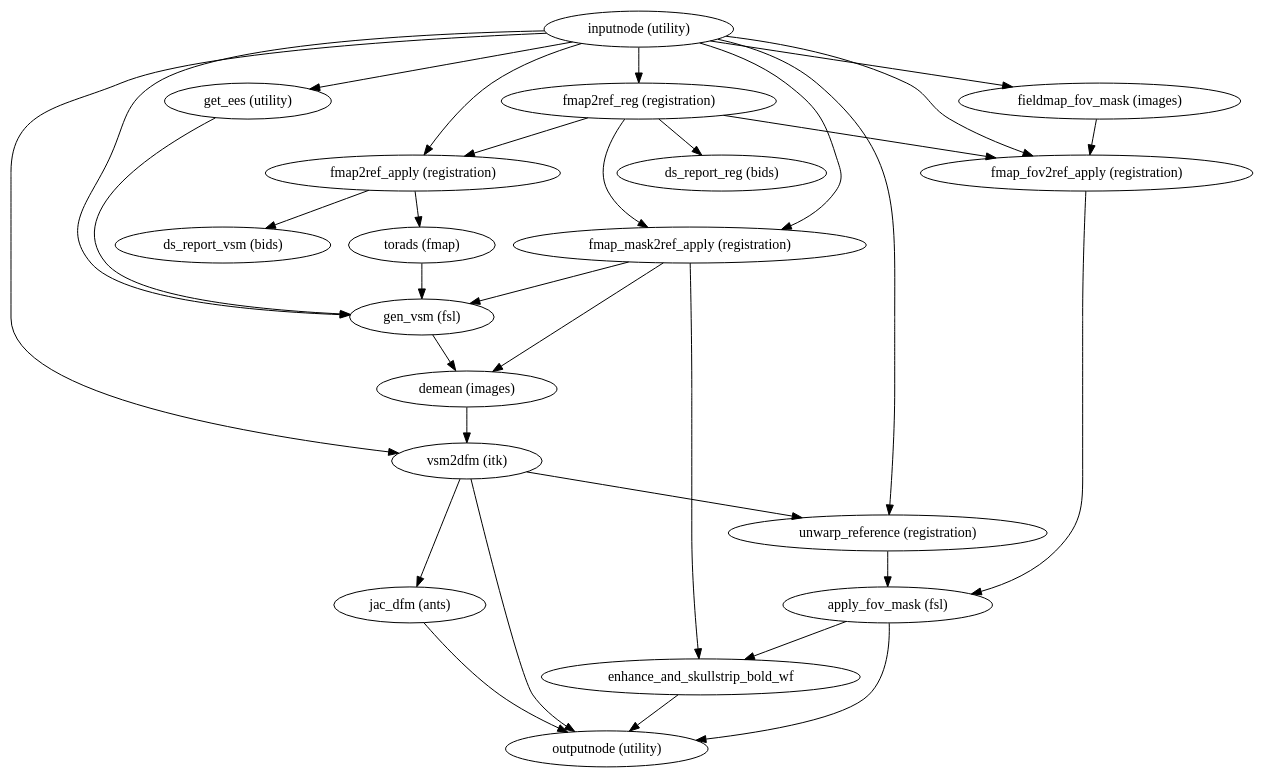
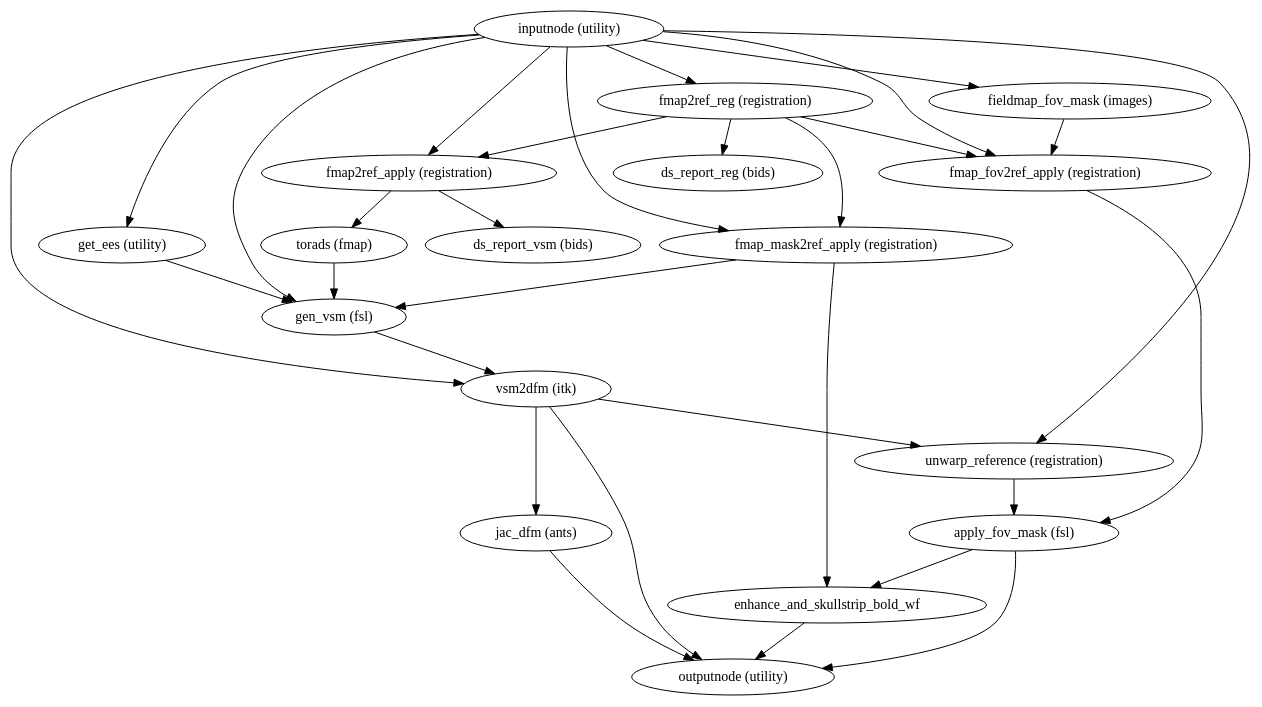
The diagram in master/wf_directive/api/sdc_unwarp_wf/sdcflows-workflows-unwarp-2.dot (wayne009007/sdcflows), drawn with Graphviz before and after one commit. The commit also changed 217 other files, not shown here.

```diff
--- a/master/wf_directive/api/sdc_unwarp_wf/sdcflows-workflows-unwarp-2.dot
+++ b/master/wf_directive/api/sdc_unwarp_wf/sdcflows-workflows-unwarp-2.dot
@@ -1,52 +1,49 @@
 strict digraph  {
 "inputnode (utility)";
 "fmap2ref_reg (registration)";
 "fmap2ref_apply (registration)";
 "fmap_mask2ref_apply (registration)";
 "get_ees (utility)";
 "gen_vsm (fsl)";
 "vsm2dfm (itk)";
 "unwarp_reference (registration)";
 "fieldmap_fov_mask (images)";
 "fmap_fov2ref_apply (registration)";
 "ds_report_reg (bids)";
 "ds_report_vsm (bids)";
 "torads (fmap)";
 enhance_and_skullstrip_bold_wf;
-"demean (images)";
 "outputnode (utility)";
 "jac_dfm (ants)";
 "apply_fov_mask (fsl)";
 "inputnode (utility)" -> "fmap2ref_reg (registration)";
 "inputnode (utility)" -> "fmap2ref_apply (registration)";
 "inputnode (utility)" -> "fmap_mask2ref_apply (registration)";
 "inputnode (utility)" -> "get_ees (utility)";
 "inputnode (utility)" -> "gen_vsm (fsl)";
 "inputnode (utility)" -> "vsm2dfm (itk)";
 "inputnode (utility)" -> "unwarp_reference (registration)";
 "inputnode (utility)" -> "fieldmap_fov_mask (images)";
 "inputnode (utility)" -> "fmap_fov2ref_apply (registration)";
 "fmap2ref_reg (registration)" -> "fmap2ref_apply (registration)";
 "fmap2ref_reg (registration)" -> "fmap_mask2ref_apply (registration)";
 "fmap2ref_reg (registration)" -> "ds_report_reg (bids)";
 "fmap2ref_reg (registration)" -> "fmap_fov2ref_apply (registration)";
 "fmap2ref_apply (registration)" -> "ds_report_vsm (bids)";
 "fmap2ref_apply (registration)" -> "torads (fmap)";
 "fmap_mask2ref_apply (registration)" -> "gen_vsm (fsl)";
 "fmap_mask2ref_apply (registration)" -> enhance_and_skullstrip_bold_wf;
-"fmap_mask2ref_apply (registration)" -> "demean (images)";
 "get_ees (utility)" -> "gen_vsm (fsl)";
-"gen_vsm (fsl)" -> "demean (images)";
+"gen_vsm (fsl)" -> "vsm2dfm (itk)";
 "vsm2dfm (itk)" -> "unwarp_reference (registration)";
 "vsm2dfm (itk)" -> "outputnode (utility)";
 "vsm2dfm (itk)" -> "jac_dfm (ants)";
 "unwarp_reference (registration)" -> "apply_fov_mask (fsl)";
 "fieldmap_fov_mask (images)" -> "fmap_fov2ref_apply (registration)";
 "fmap_fov2ref_apply (registration)" -> "apply_fov_mask (fsl)";
 "torads (fmap)" -> "gen_vsm (fsl)";
 enhance_and_skullstrip_bold_wf -> "outputnode (utility)";
-"demean (images)" -> "vsm2dfm (itk)";
 "jac_dfm (ants)" -> "outputnode (utility)";
 "apply_fov_mask (fsl)" -> enhance_and_skullstrip_bold_wf;
 "apply_fov_mask (fsl)" -> "outputnode (utility)";
 }
```
